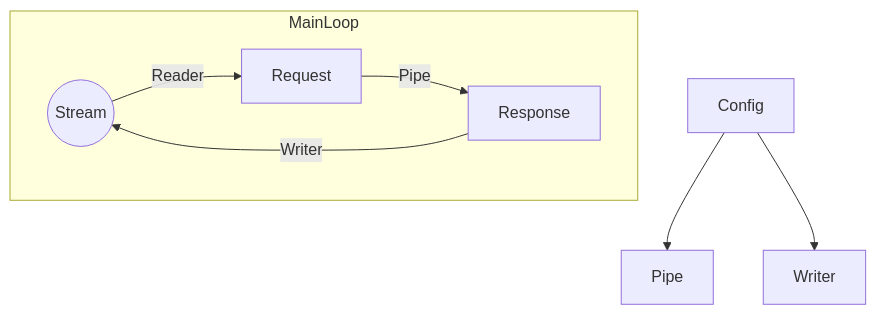
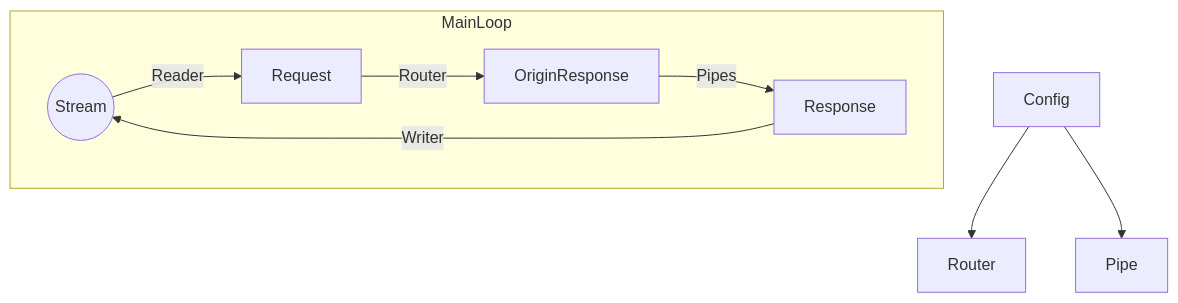
The diagram in README.md (duoduo70/Tiny-Tiny-Web), drawn with Mermaid before and after one commit. The commit also changed other lines of this file and 1 other file, not shown here.

````diff
--- a/README.md
+++ b/README.md
@@ -16,8 +21,8 @@
 ```mermaid
 graph TB
 subgraph MainLoop
-    Stream((Stream))--Reader-->Request--Pipe-->Response--Writer-->Stream
+    Stream((Stream))--Reader-->Request--Router-->OriginResponse--Pipes-->Response--Writer-->Stream
 end
+Config-->Router
 Config-->Pipe
-Config-->Writer
 ```
````
